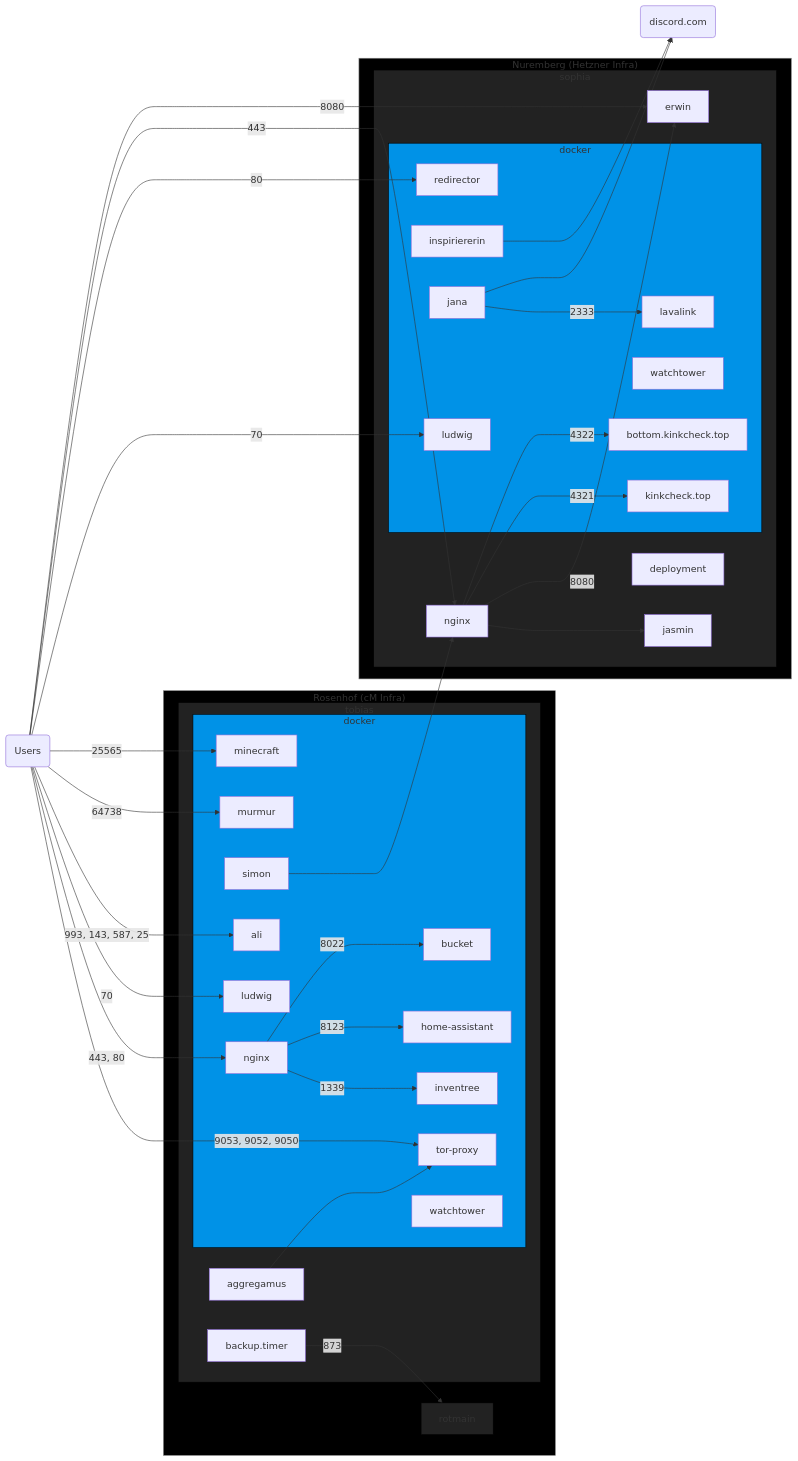
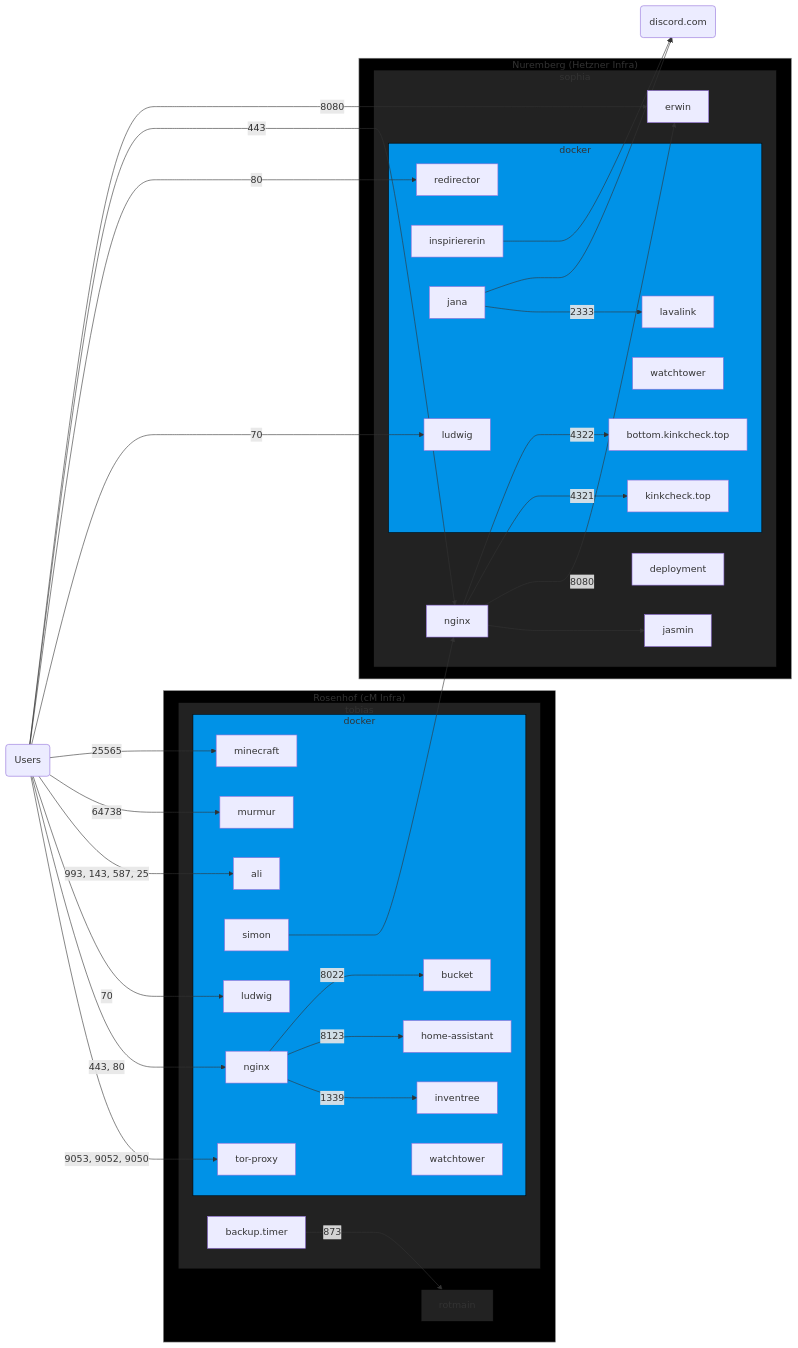
Before and after one commit to chrissxMedia/chrissx.de.conf.sh: the diagram in README.md, drawn with Mermaid.

Commit message:
readme: remove aggregamus

```diff
--- a/README.md
+++ b/README.md
@@ -24,7 +24,6 @@
       bucket
       watchtowertobias[watchtower]
     end
-    aggregamus --> tor-proxy
     backup.timer
     nginxop -- 1339 --> inventree
     nginxop -- 8123 --> home-assistant
```
